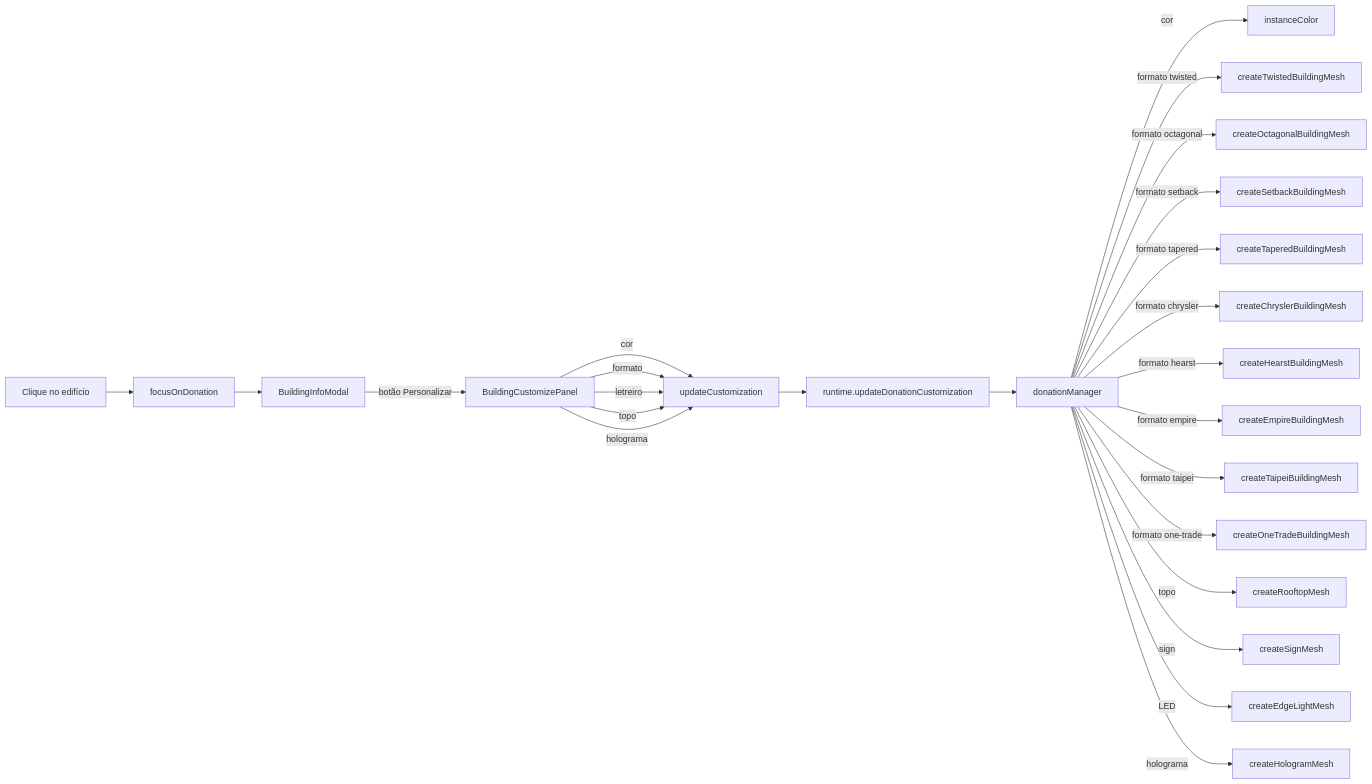
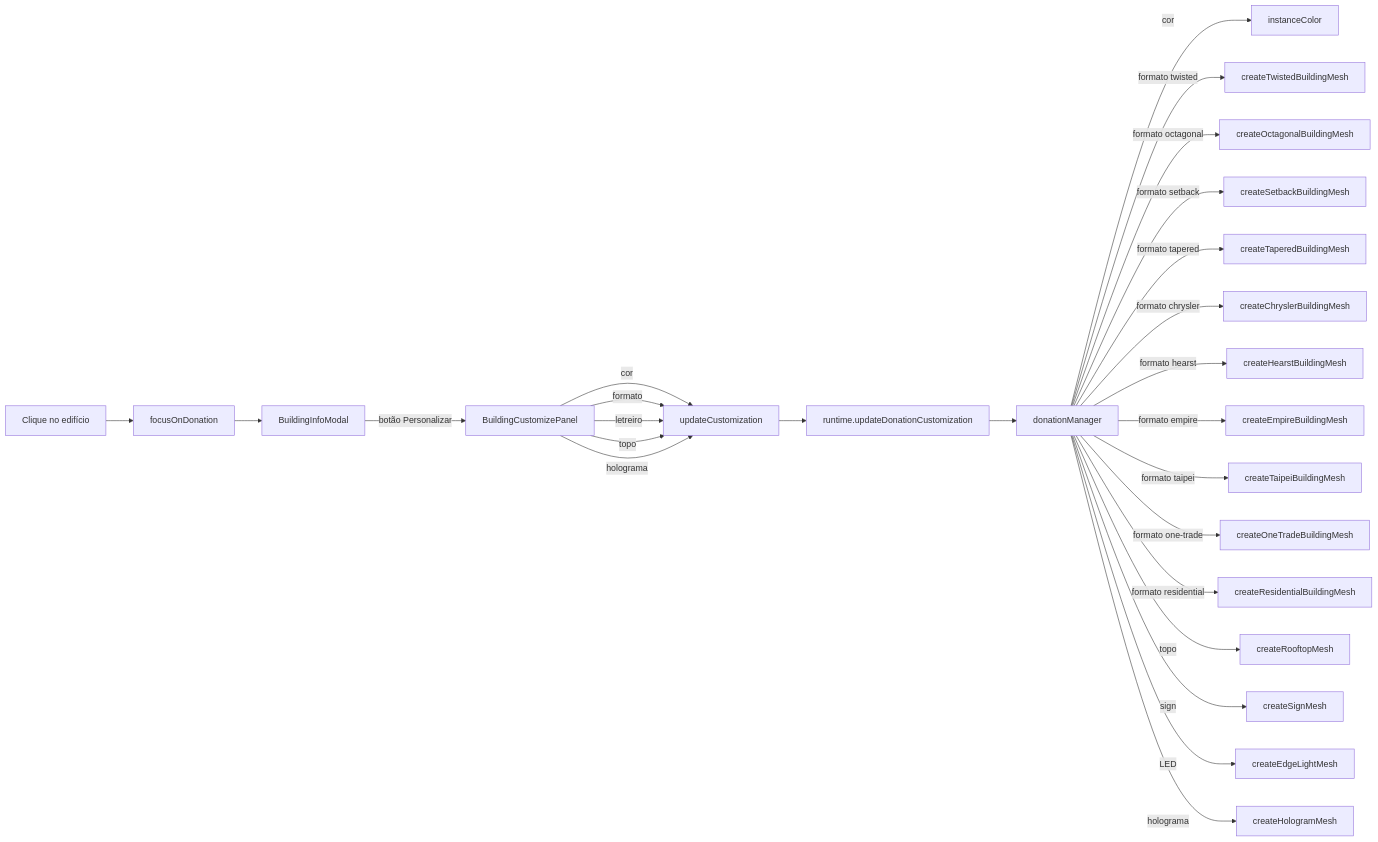
The second of 2 diagrams in doc/index.md (RaeII/cidoa), drawn with Mermaid before and after one commit. The commit also changed other lines of this file and 12 other files, not shown here.

````diff
--- a/doc/index.md
+++ b/doc/index.md
@@ -240,27 +242,28 @@
 ```mermaid
 flowchart LR
     Click[Clique no edifício] --> Focus[focusOnDonation]
     Focus --> Info[BuildingInfoModal]
     Info --> |botão Personalizar| Panel[BuildingCustomizePanel]
     Panel --> |cor| UC[updateCustomization]
     Panel --> |formato| UC
     Panel --> |letreiro| UC
     Panel --> |topo| UC
     Panel --> |holograma| UC
     UC --> Runtime[runtime.updateDonationCustomization]
     Runtime --> DM[donationManager]
     DM --> |cor| IC[instanceColor]
     DM --> |formato twisted| TW[createTwistedBuildingMesh]
     DM --> |formato octagonal| OC[createOctagonalBuildingMesh]
     DM --> |formato setback| SB[createSetbackBuildingMesh]
     DM --> |formato tapered| TP[createTaperedBuildingMesh]
     DM --> |formato chrysler| CH[createChryslerBuildingMesh]
     DM --> |formato hearst| HT[createHearstBuildingMesh]
     DM --> |formato empire| EM[createEmpireBuildingMesh]
     DM --> |formato taipei| TP101[createTaipeiBuildingMesh]
     DM --> |formato one-trade| OT[createOneTradeBuildingMesh]
+    DM --> |formato residential| RS[createResidentialBuildingMesh]
     DM --> |topo| RM[createRooftopMesh]
     DM --> |sign| SM[createSignMesh]
     DM --> |LED| EL[createEdgeLightMesh]
     DM --> |holograma| HM[createHologramMesh]
 ```
````
